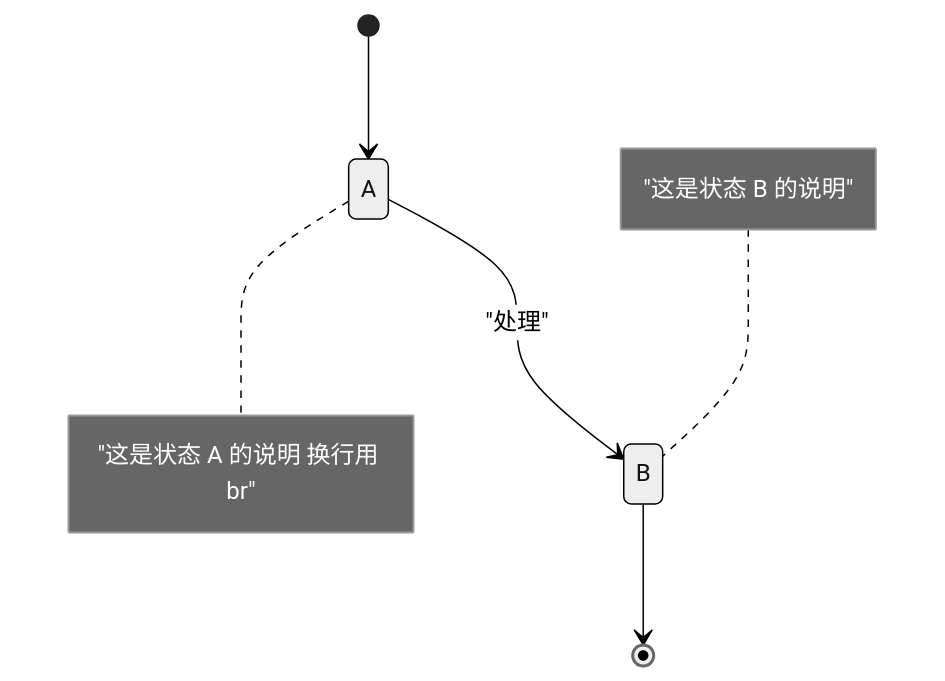
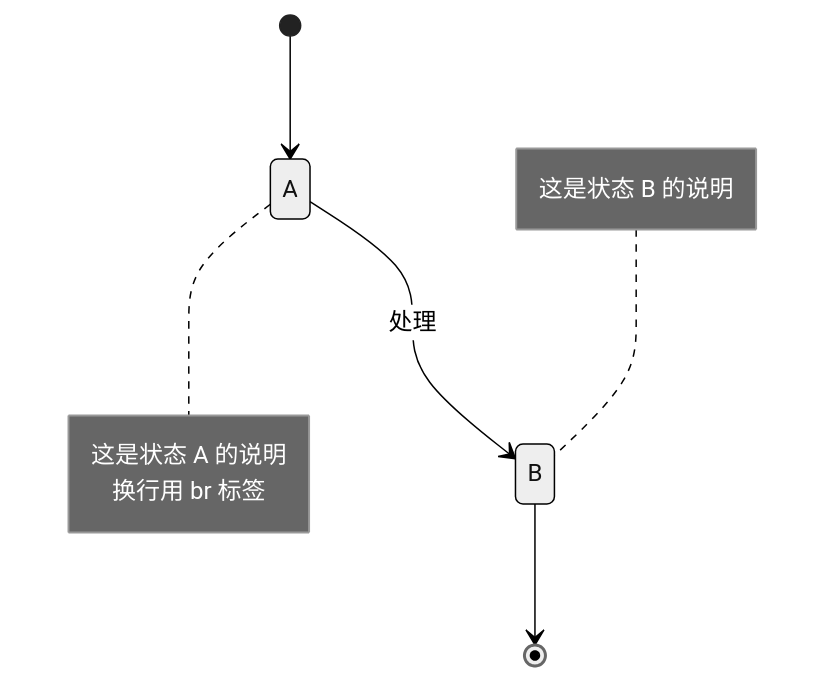
The eighth of 10 diagrams in .agents/docs/knowledge/learning/04-docs-markup-tooling/mermaid-wiki/04-class-state-er.md (xinetzone/SpecWeave), drawn with Mermaid (neutral theme) before and after one commit. The commit also changed other lines of this file and 4 other files, not shown here.

Commit message:
docs(mermaid): 修复mermaid-wiki语法错误，沉淀引号规则清单 [prevent: rule-update]

````diff
--- a/.agents/docs/knowledge/learning/04-docs-markup-tooling/mermaid-wiki/04-class-state-er.md
+++ b/.agents/docs/knowledge/learning/04-docs-markup-tooling/mermaid-wiki/04-class-state-er.md
@@ -199,8 +205,8 @@
 ```mermaid
 stateDiagram-v2
     [*] --> A
-    A --> B : "处理"
-    note right of A : "这是状态 A 的说明 换行用 br"
-    note left of B : "这是状态 B 的说明"
+    A --> B : 处理
+    note right of A : 这是状态 A 的说明<br/>换行用 br 标签
+    note left of B : 这是状态 B 的说明
     B --> [*]
 ```
````
